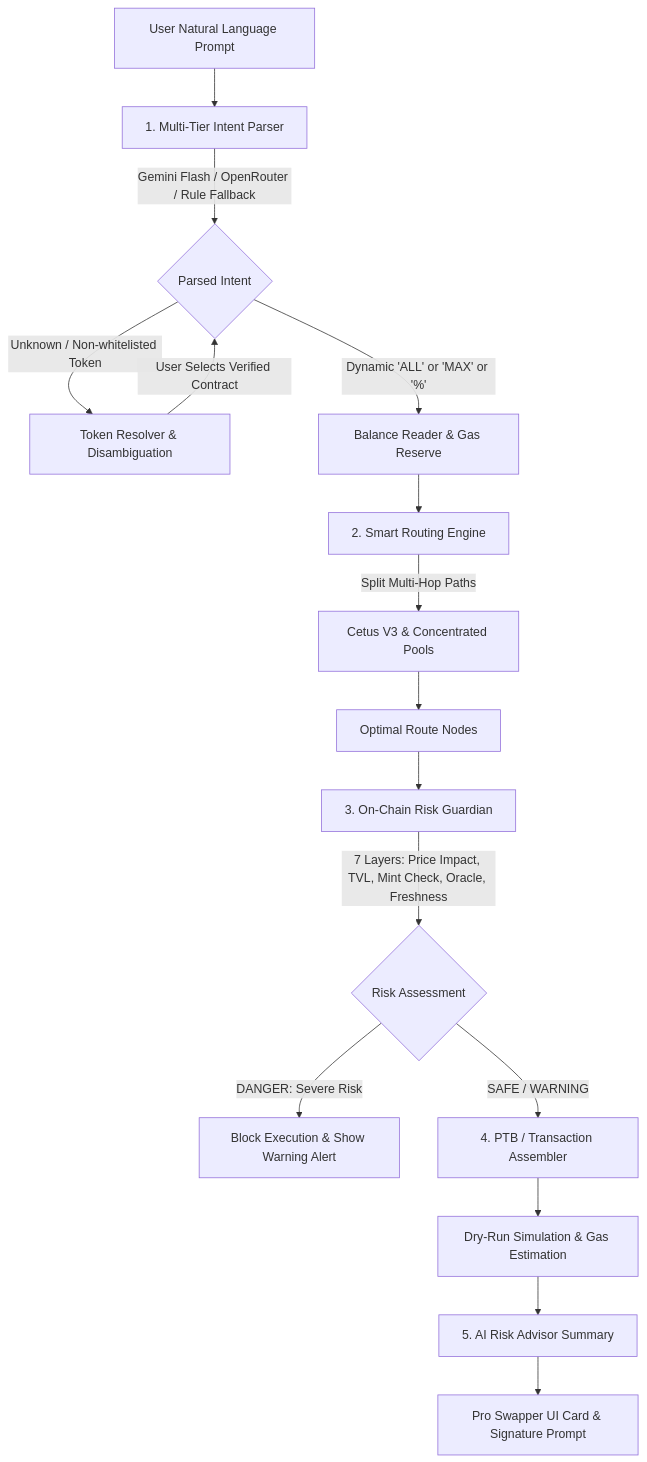
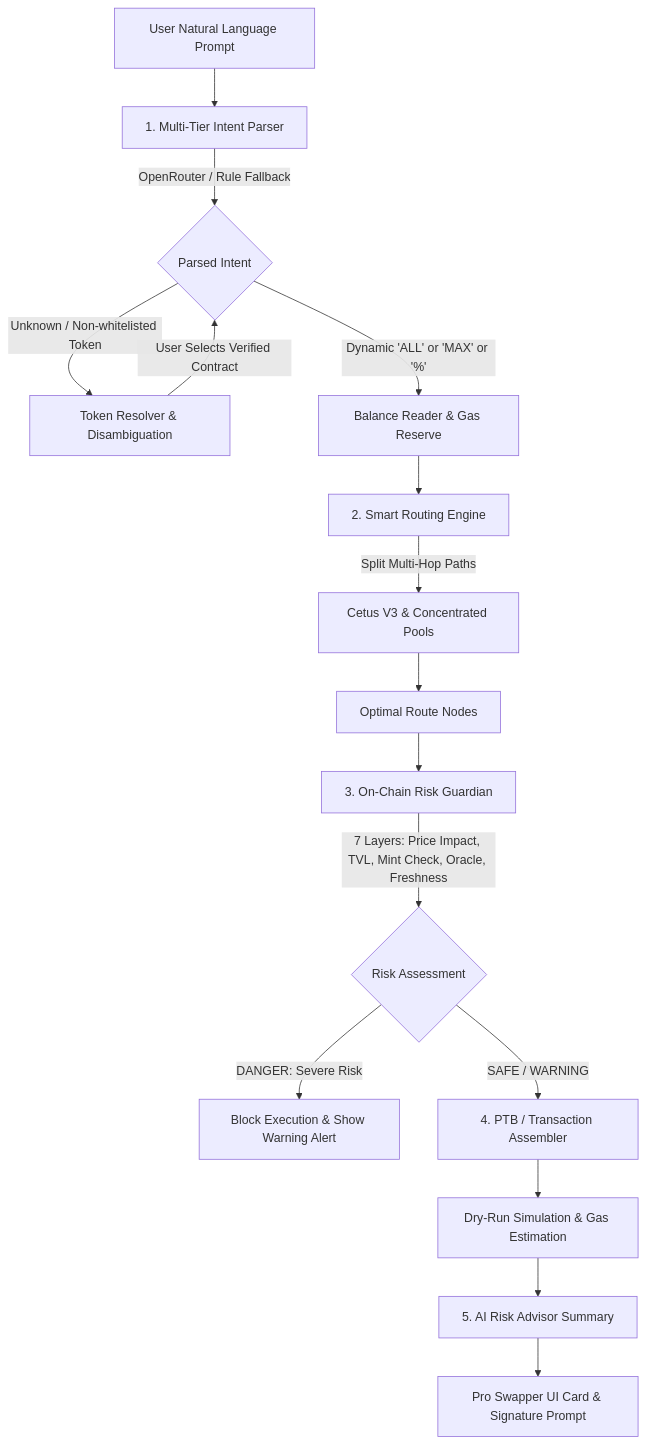
The diagram in README.md (quangduy24/Soka), drawn with Mermaid before and after one commit. The commit also changed other lines of this file and 60 other files, not shown here.

````diff
--- a/README.md
+++ b/README.md
@@ -31,24 +31,24 @@
 ```mermaid
 flowchart TD
     A[User Natural Language Prompt] --> B[1. Multi-Tier Intent Parser]
-    B -->|Gemini Flash / OpenRouter / Rule Fallback| C{Parsed Intent}
+    B -->|OpenRouter / Rule Fallback| C{Parsed Intent}
     
     C -->|Unknown / Non-whitelisted Token| D[Token Resolver & Disambiguation]
     D -->|User Selects Verified Contract| C
     
     C -->|Dynamic 'ALL' or 'MAX' or '%'| E[Balance Reader & Gas Reserve]
     E --> F[2. Smart Routing Engine]
     
     F -->|Split Multi-Hop Paths| G[Cetus V3 & Concentrated Pools]
     G --> H[Optimal Route Nodes]
     
     H --> I[3. On-Chain Risk Guardian]
     I -->|7 Layers: Price Impact, TVL, Mint Check, Oracle, Freshness| J{Risk Assessment}
     
     J -->|DANGER: Severe Risk| K[Block Execution & Show Warning Alert]
     J -->|SAFE / WARNING| L[4. PTB / Transaction Assembler]
     
     L --> M[Dry-Run Simulation & Gas Estimation]
     M --> N[5. AI Risk Advisor Summary]
     N --> O[Pro Swapper UI Card & Signature Prompt]
 ```
````
